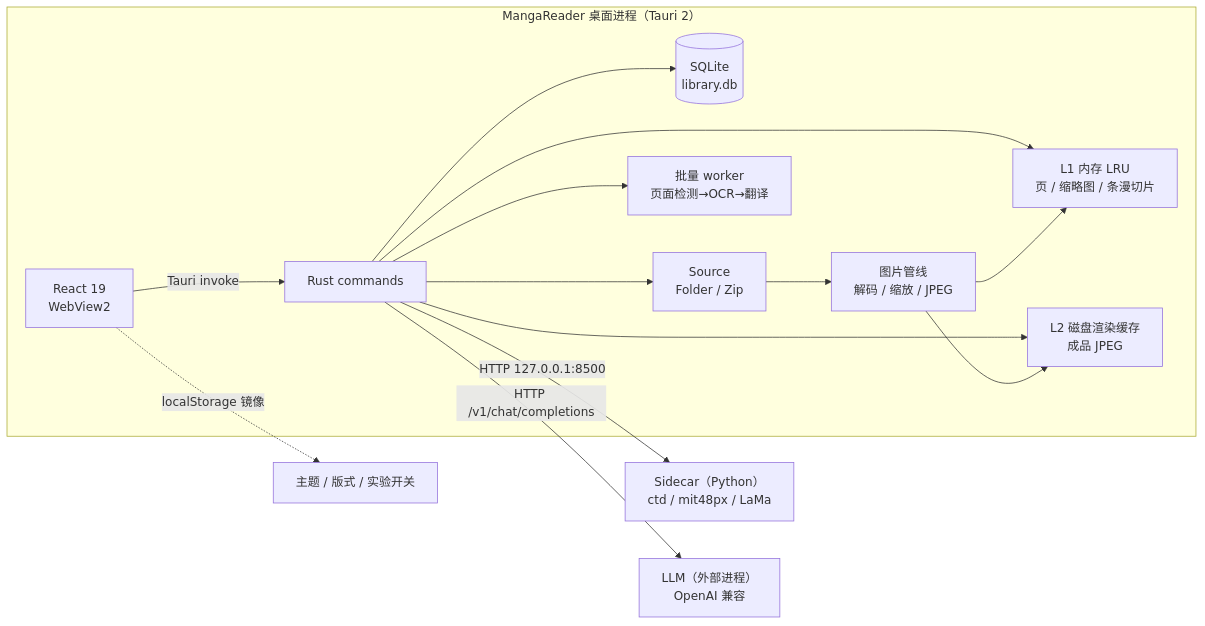
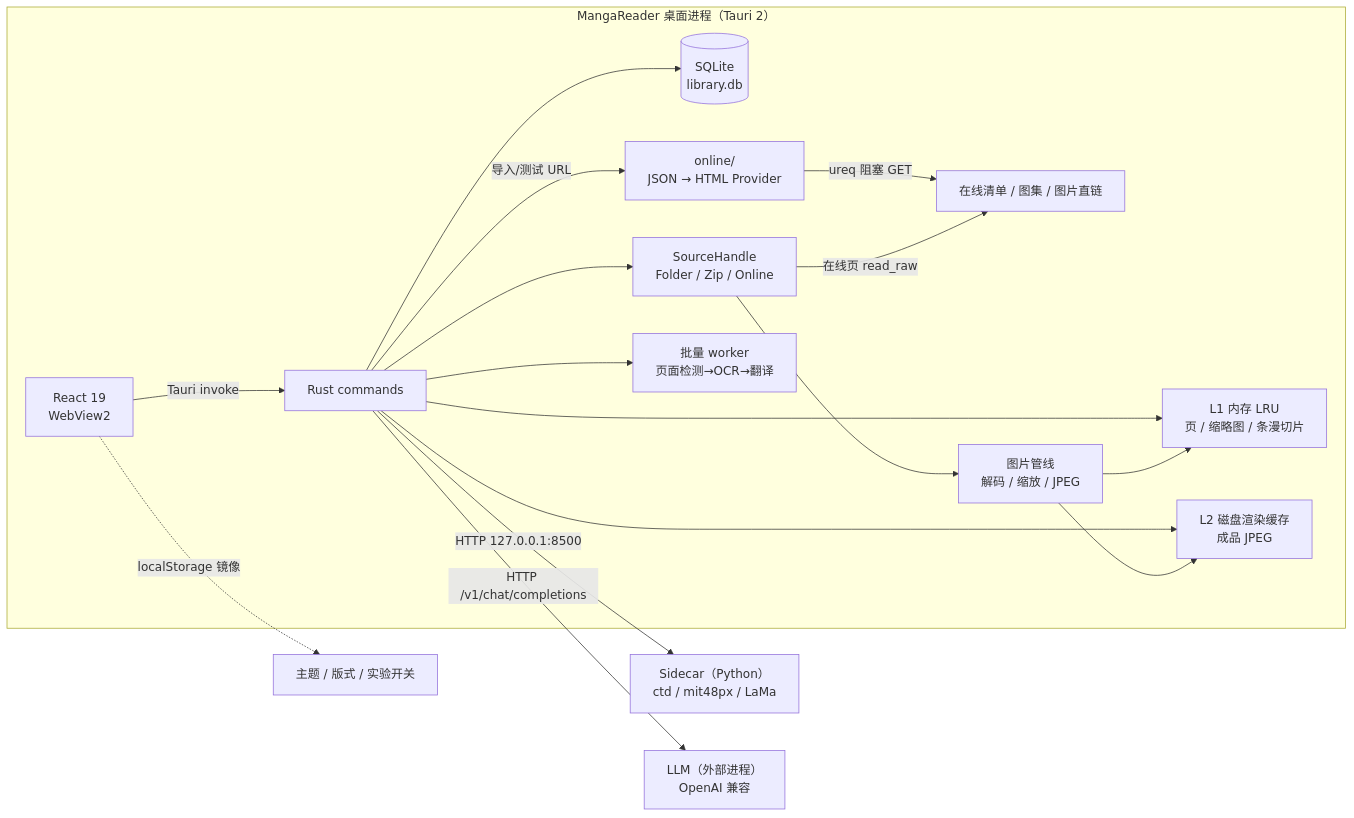
One commit to D-OneXXX/MR changed the first of 5 diagrams in docs/TECHNICAL.md. Above: the diagram before and after it, drawn with Mermaid. The commit also changed other lines of this file and 4 other files, not shown here.

````diff
--- a/docs/TECHNICAL.md
+++ b/docs/TECHNICAL.md
@@ -112,19 +119,22 @@
 ```mermaid
 flowchart LR
   subgraph Desktop["MangaReader 桌面进程（Tauri 2）"]
     UI["React 19<br/>WebView2"] -->|Tauri invoke| CMD["Rust commands"]
     CMD --> DB[("SQLite<br/>library.db")]
     CMD --> L1["L1 内存 LRU<br/>页 / 缩略图 / 条漫切片"]
     CMD --> L2["L2 磁盘渲染缓存<br/>成品 JPEG"]
-    CMD --> SRC["Source<br/>Folder / Zip"]
+    CMD --> SRC["SourceHandle<br/>Folder / Zip / Online"]
+    CMD -->|导入/测试 URL| ONP["online/<br/>JSON → HTML Provider"]
+    ONP -->|ureq 阻塞 GET| NET["在线清单 / 图集 / 图片直链"]
+    SRC -->|在线页 read_raw| NET
     SRC --> PIPE["图片管线<br/>解码 / 缩放 / JPEG"]
     PIPE --> L2
     PIPE --> L1
     CMD --> BATCH["批量 worker<br/>页面检测→OCR→翻译"]
   end
 
   CMD -->|HTTP 127.0.0.1:8500| SC["Sidecar（Python）<br/>ctd / mit48px / LaMa"]
   CMD -->|HTTP /v1/chat/completions| LLM["LLM（外部进程）<br/>OpenAI 兼容"]
 
   UI -.->|localStorage 镜像| LS["主题 / 版式 / 实验开关"]
 ```
````
